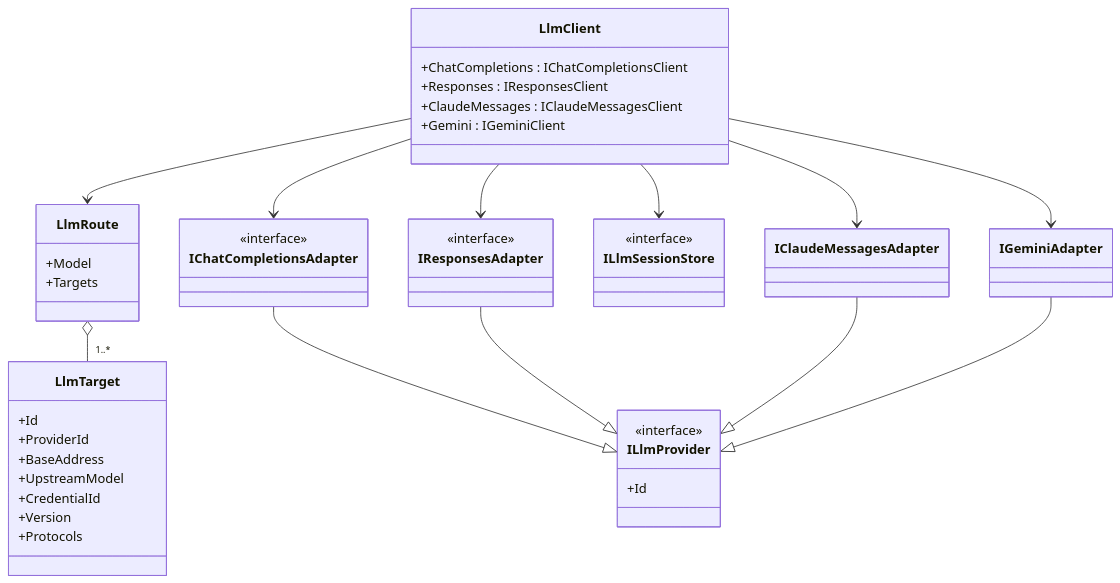
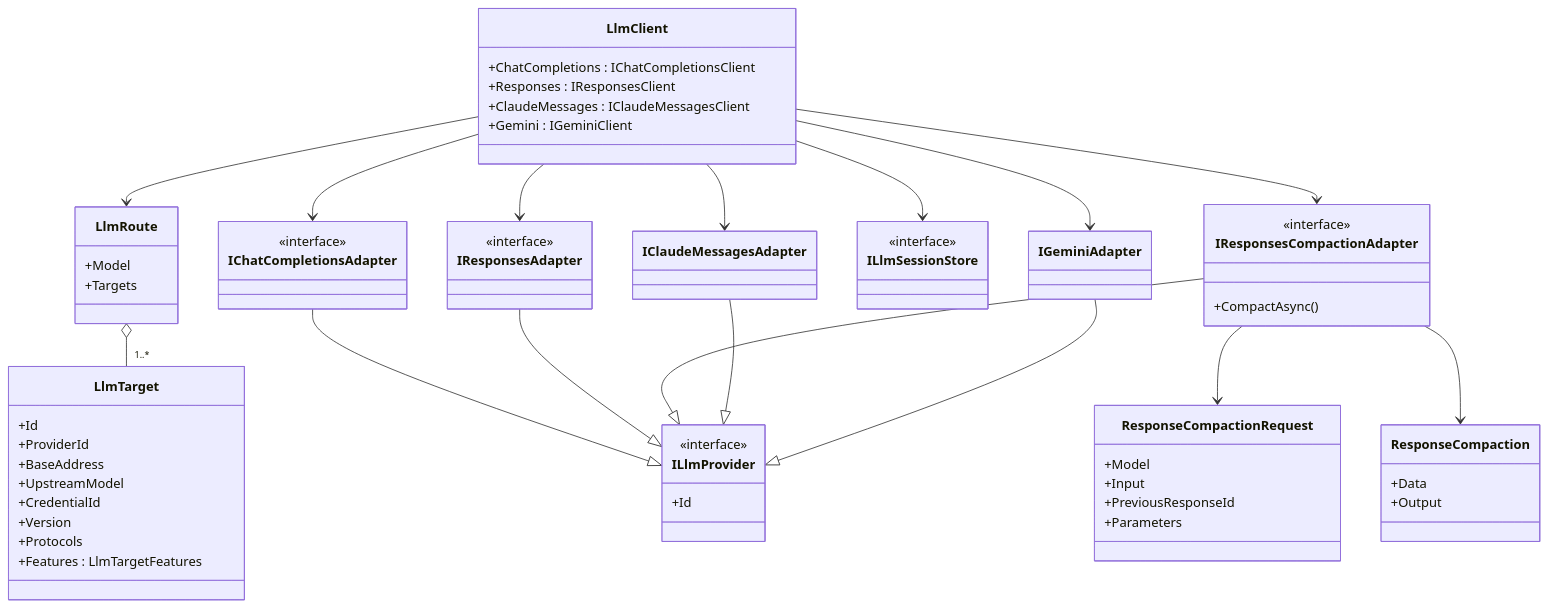
The third of 5 diagrams in docs/architecture.md (BenLampson/Asgard.Loki), drawn with Mermaid before and after one commit. The commit also changed other lines of this file and 30 other files, not shown here.

First line of the commit message:
feat(llm): add explicit native Responses compaction

````diff
--- a/docs/architecture.md
+++ b/docs/architecture.md
@@ -76,46 +76,65 @@
 ```mermaid
 classDiagram
 class LlmClient {
   +ChatCompletions : IChatCompletionsClient
   +Responses : IResponsesClient
   +ClaudeMessages : IClaudeMessagesClient
   +Gemini : IGeminiClient
 }
 class LlmRoute {
   +Model
   +Targets
 }
 class LlmTarget {
   +Id
   +ProviderId
   +BaseAddress
   +UpstreamModel
   +CredentialId
   +Version
   +Protocols
+  +Features : LlmTargetFeatures
 }
 class ILlmProvider {
   <<interface>>
   +Id
 }
 class IChatCompletionsAdapter {
   <<interface>>
 }
 class IResponsesAdapter {
   <<interface>>
 }
+class IResponsesCompactionAdapter {
+  <<interface>>
+  +CompactAsync()
+}
+class ResponseCompactionRequest {
+  +Model
+  +Input
+  +PreviousResponseId
+  +Parameters
+}
+class ResponseCompaction {
+  +Data
+  +Output
+}
 class ILlmSessionStore {
   <<interface>>
 }
 LlmClient --> LlmRoute
 LlmRoute o-- "1..*" LlmTarget
 LlmClient --> IChatCompletionsAdapter
 LlmClient --> IResponsesAdapter
+LlmClient --> IResponsesCompactionAdapter
+IResponsesCompactionAdapter --> ResponseCompactionRequest
+IResponsesCompactionAdapter --> ResponseCompaction
 LlmClient --> IClaudeMessagesAdapter
 LlmClient --> IGeminiAdapter
 LlmClient --> ILlmSessionStore
 IChatCompletionsAdapter --|> ILlmProvider
 IResponsesAdapter --|> ILlmProvider
+IResponsesCompactionAdapter --|> ILlmProvider
 IClaudeMessagesAdapter --|> ILlmProvider
 IGeminiAdapter --|> ILlmProvider
 ```
````
